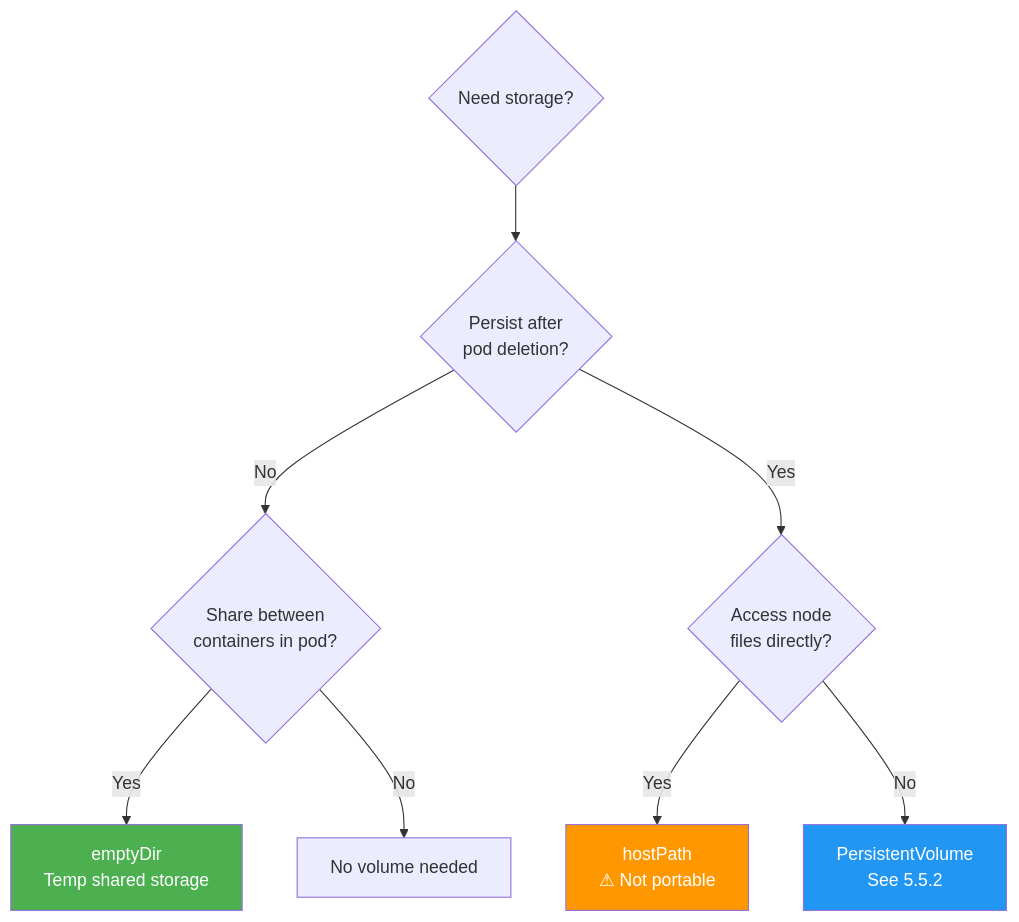
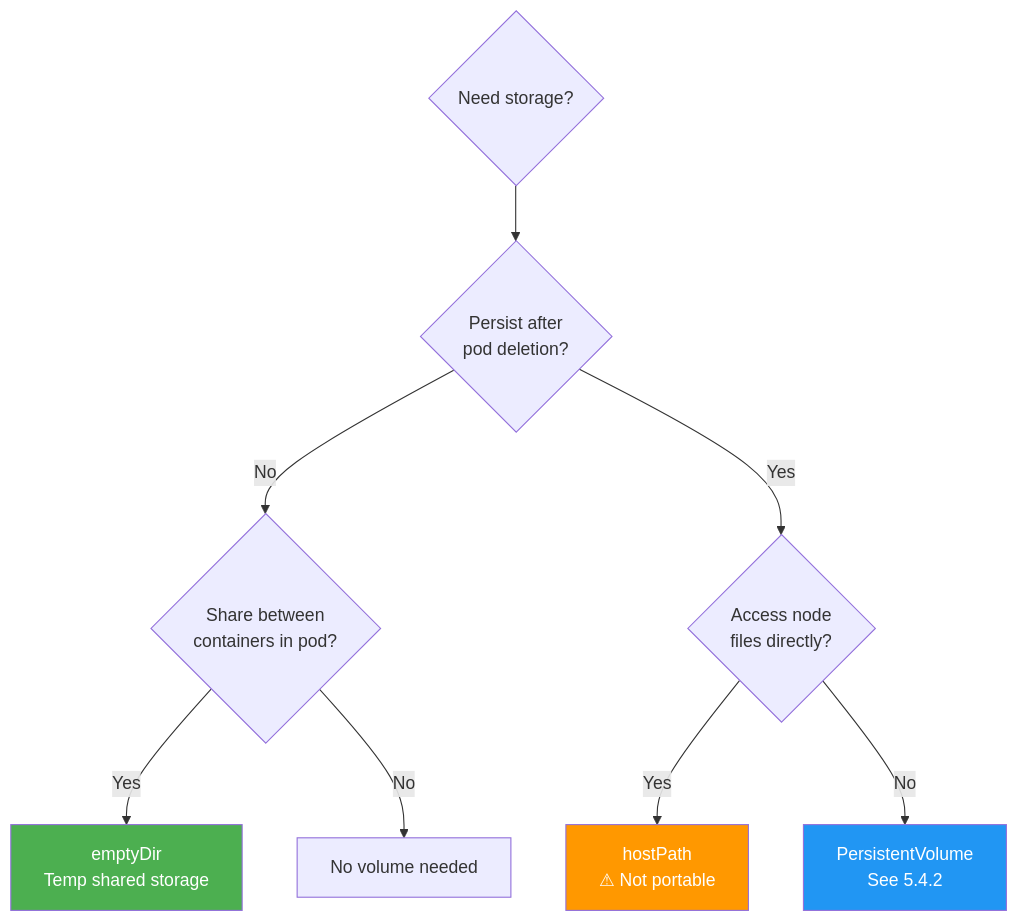
Before and after one commit to VidhyadharanSS/PlatformEngineeringNotes: the diagram in 5-Kubernetes/Subchapter_5.4/5.4.1_Ephemeral_Volumes_emptydir_hostPath.md, drawn with Mermaid. The commit also changed other lines of this file and 64 other files, not shown here.

````diff
--- a/5-Kubernetes/Subchapter_5.4/5.4.1_Ephemeral_Volumes_emptydir_hostPath.md
+++ b/5-Kubernetes/Subchapter_5.4/5.4.1_Ephemeral_Volumes_emptydir_hostPath.md
@@ -23,14 +23,14 @@
 ```mermaid
 flowchart TD
     A{Need storage?} --> B{Persist after<br/>pod deletion?}
     B -->|No| C{Share between<br/>containers in pod?}
     C -->|Yes| D["emptyDir<br/>Temp shared storage"]
     C -->|No| E["No volume needed"]
     B -->|Yes| F{Access node<br/>files directly?}
     F -->|Yes| G["hostPath<br/>⚠ Not portable"]
-    F -->|No| H["PersistentVolume<br/>See 5.5.2"]
+    F -->|No| H["PersistentVolume<br/>See 5.4.2"]
 
     style D fill:#4CAF50,color:#fff
     style G fill:#FF9800,color:#fff
     style H fill:#2196F3,color:#fff
 ```
````
